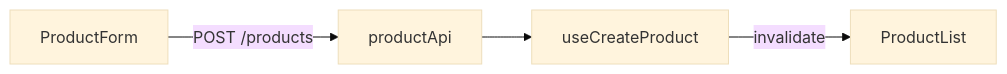
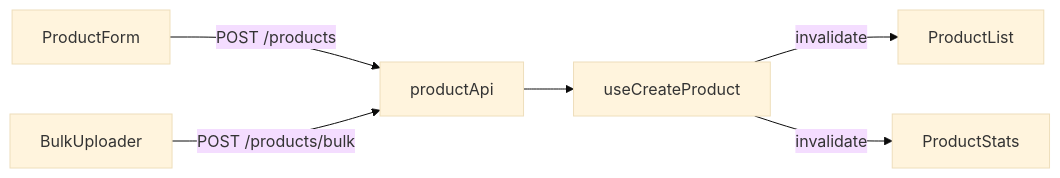
One commit to paycrux/ai-skills changed the first of 5 diagrams in .claude/skills/git-pr/templates/mermaid-forms.md. Above: the diagram before and after it, drawn with Mermaid (base theme). The commit also changed other lines of this file and 4 other files, not shown here.

First line of the commit message:
feat(git-pr): mermaid 게이트 강화 + PR 미리보기 문서 모드 (v0.8.0)

````diff
--- a/.claude/skills/git-pr/templates/mermaid-forms.md
+++ b/.claude/skills/git-pr/templates/mermaid-forms.md
@@ -12,6 +14,8 @@
 ```mermaid
 flowchart LR
-  A[ProductForm] -->|POST /products| B[productApi]
-  B --> C[useCreateProduct]
-  C -->|invalidate| D[ProductList]
+  A["ProductForm"] -->|"POST /products"| B["productApi"]
+  C["BulkUploader"] -->|"POST /products/bulk"| B
+  B --> D["useCreateProduct"]
+  D -->|"invalidate"| E["ProductList"]
+  D -->|"invalidate"| F["ProductStats"]
 ```
````
